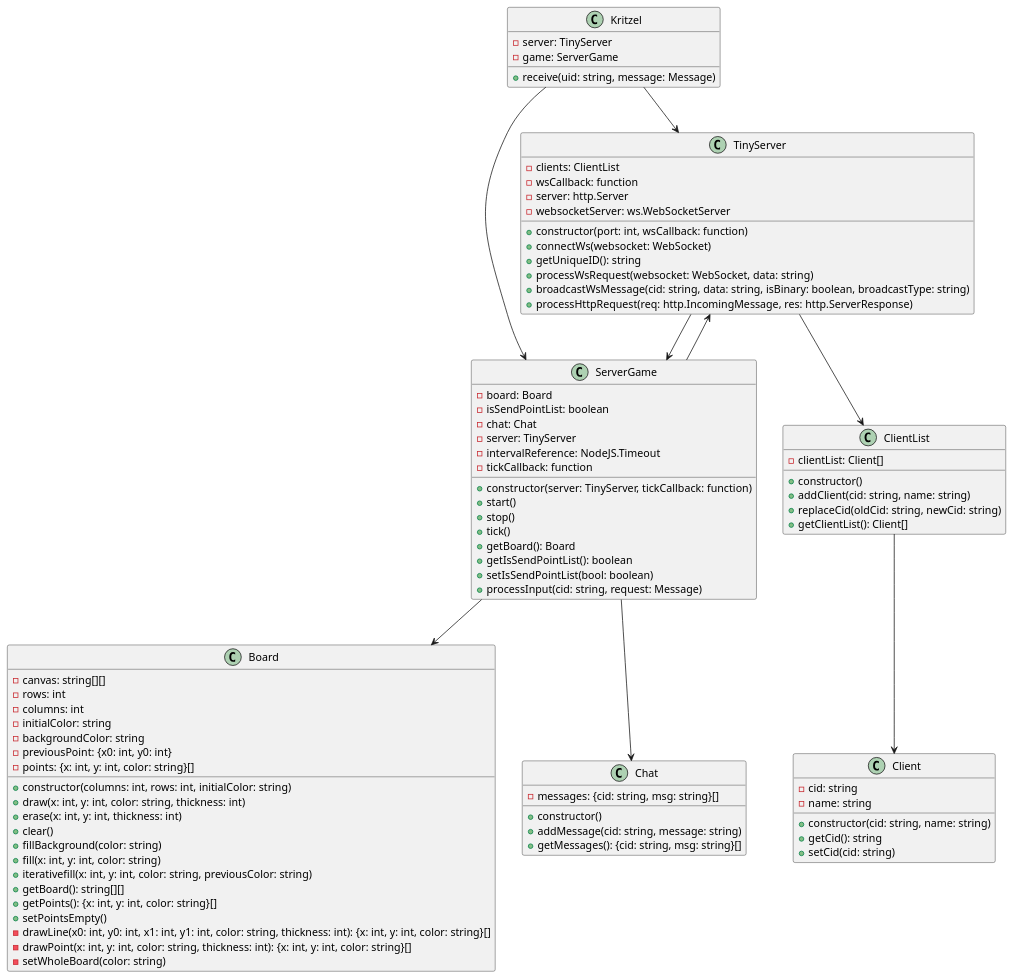
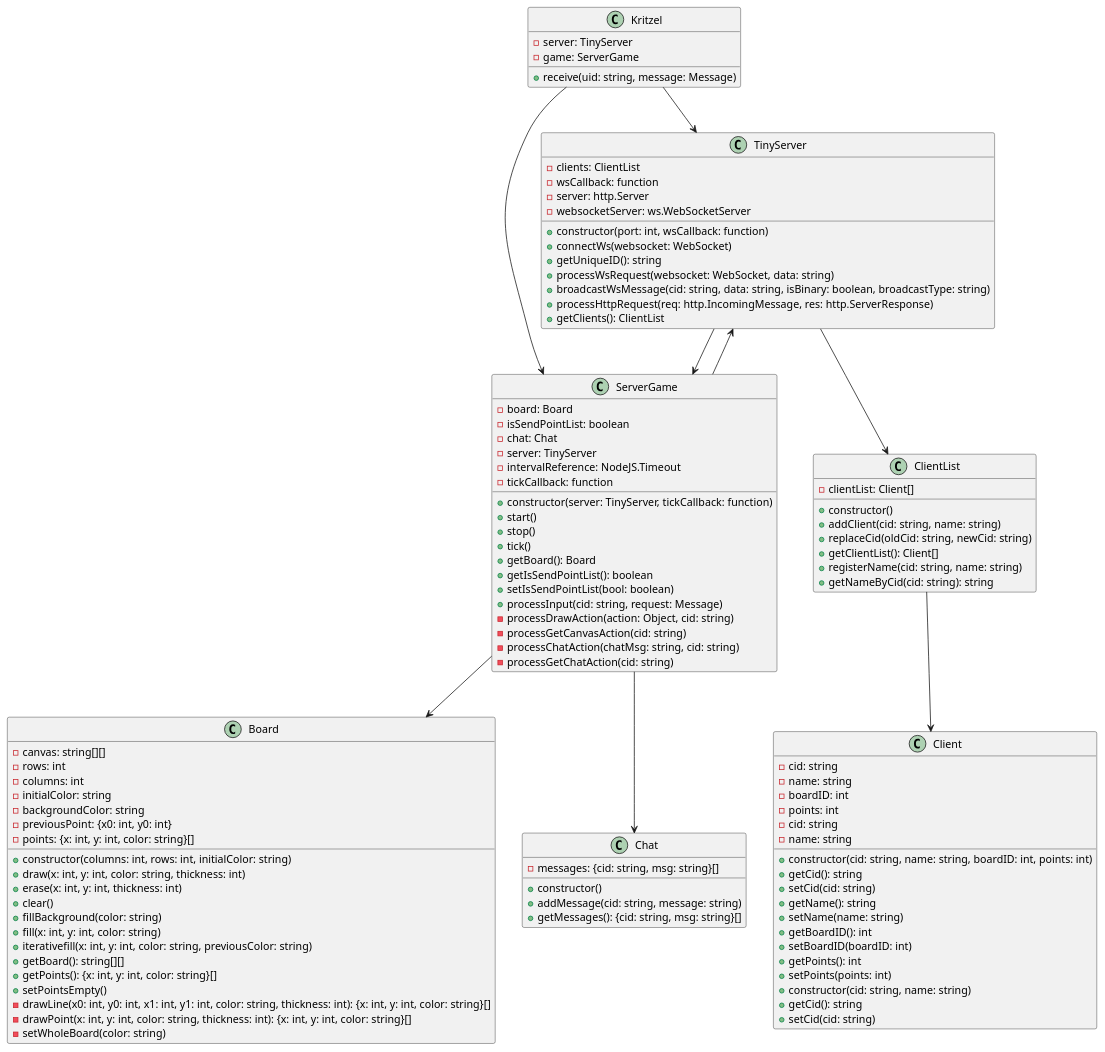
The diagram in docs/UML Diagramme/CDBackend.wsd (mhdbaselar/Kritzel), drawn with PlantUML before and after one commit.

Commit message:
Klassendiagramm Backend angepasst

```diff
--- a/docs/UML Diagramme/CDBackend.wsd
+++ b/docs/UML Diagramme/CDBackend.wsd
@@ -1,93 +1,115 @@
 @startuml CDBackend
 class Kritzel {
     - server: TinyServer
     - game: ServerGame
     + receive(uid: string, message: Message)
 
 }
 class TinyServer {
     - clients: ClientList
     - wsCallback: function
     - server: http.Server
     - websocketServer: ws.WebSocketServer
     + constructor(port: int, wsCallback: function)
     + connectWs(websocket: WebSocket)
     + getUniqueID(): string
     + processWsRequest(websocket: WebSocket, data: string)
     + broadcastWsMessage(cid: string, data: string, isBinary: boolean, broadcastType: string)
     + processHttpRequest(req: http.IncomingMessage, res: http.ServerResponse)
+    + getClients(): ClientList
 }
 
 class ServerGame {
     - board: Board
     - isSendPointList: boolean
     - chat: Chat
     - server: TinyServer
     - intervalReference: NodeJS.Timeout
     - tickCallback: function
     + constructor(server: TinyServer, tickCallback: function)
     + start()
     + stop()
     + tick()
     + getBoard(): Board
     + getIsSendPointList(): boolean
     + setIsSendPointList(bool: boolean)
     + processInput(cid: string, request: Message)
+    - processDrawAction(action: Object, cid: string)
+    - processGetCanvasAction(cid: string)
+    - processChatAction(chatMsg: string, cid: string)
+    - processGetChatAction(cid: string)
 }
 
 class ClientList {
     - clientList: Client[]
     + constructor()
     + addClient(cid: string, name: string)
     + replaceCid(oldCid: string, newCid: string)
     + getClientList(): Client[]
+    + registerName(cid: string, name: string)
+    + getNameByCid(cid: string): string
+}
+class Client {
+    - cid: string
+    - name: string
+    - boardID: int
+    - points: int
+    + constructor(cid: string, name: string, boardID: int, points: int)
+    + getCid(): string
+    + setCid(cid: string)
+    + getName(): string
+    + setName(name: string)
+    + getBoardID(): int
+    + setBoardID(boardID: int)
+    + getPoints(): int
+    + setPoints(points: int)
 }
 
 class Client {
     - cid: string
     - name: string
     + constructor(cid: string, name: string)
     + getCid(): string
     + setCid(cid: string)
 }
 
 class Board {
     - canvas: string[][]
     - rows: int
     - columns: int
     - initialColor: string
     - backgroundColor: string
     - previousPoint: {x0: int, y0: int}
     - points: {x: int, y: int, color: string}[]
     + constructor(columns: int, rows: int, initialColor: string)
     + draw(x: int, y: int, color: string, thickness: int)
     + erase(x: int, y: int, thickness: int)
     + clear()
     + fillBackground(color: string)
     + fill(x: int, y: int, color: string)
     + iterativefill(x: int, y: int, color: string, previousColor: string)
     + getBoard(): string[][]
     + getPoints(): {x: int, y: int, color: string}[]
     + setPointsEmpty()
     - drawLine(x0: int, y0: int, x1: int, y1: int, color: string, thickness: int): {x: int, y: int, color: string}[]
     - drawPoint(x: int, y: int, color: string, thickness: int): {x: int, y: int, color: string}[]
     - setWholeBoard(color: string)
 }
 
 class Chat {
     - messages: {cid: string, msg: string}[]
     + constructor()
     + addMessage(cid: string, message: string)
     + getMessages(): {cid: string, msg: string}[]
 }
 
 Kritzel --> TinyServer
 Kritzel --> ServerGame
 TinyServer --> ClientList
 TinyServer --> ServerGame
 ServerGame --> Board
 ServerGame --> Chat
 ServerGame --> TinyServer
 ClientList --> Client
 
 @enduml
```
